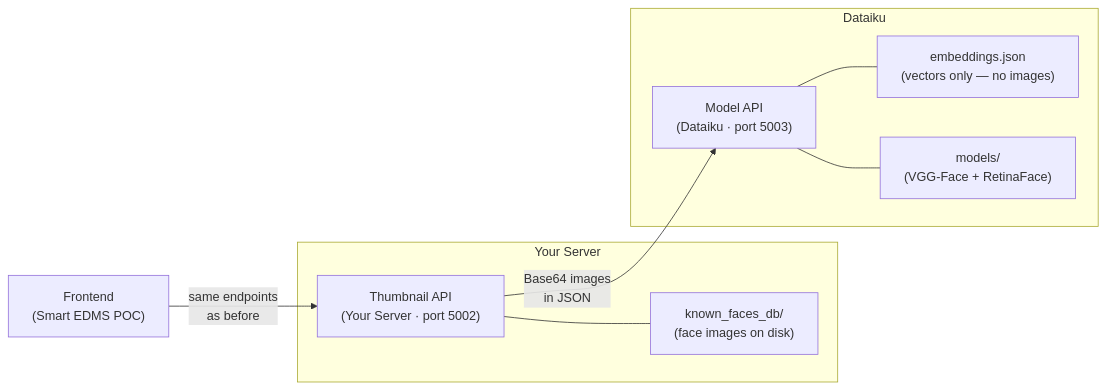
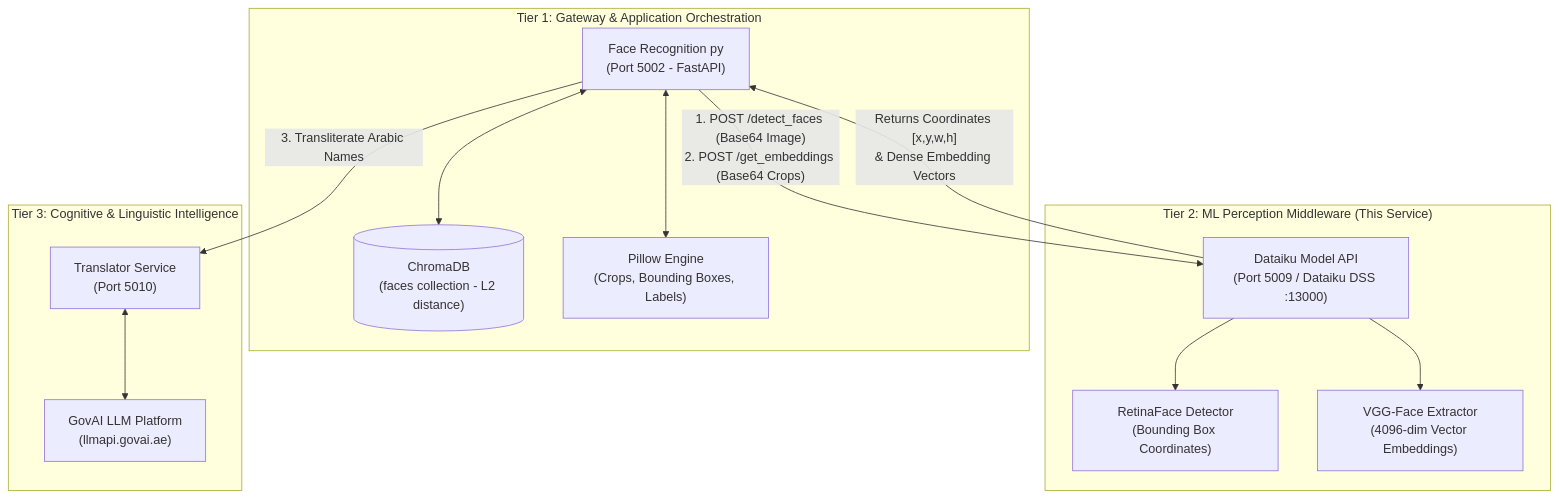
Before and after one commit to Karimk94/Dataiku-Model-API: the first of 2 diagrams in ARCHITECTURE.md, drawn with Mermaid. The commit also changed other lines of this file and 1 other file, not shown here.

Commit message:
docs: update architecture documentation and add readme for Dataiku model API

````diff
--- a/ARCHITECTURE.md
+++ b/ARCHITECTURE.md
@@ -10,14 +11,28 @@
 ```mermaid
-graph LR
-    FE["Frontend<br/>(Smart EDMS POC)"] -->|"same endpoints<br/>as before"| TH["Thumbnail API<br/>(Your Server · port 5002)"]
-    TH -->|"Base64 images<br/>in JSON"| DK["Model API<br/>(Dataiku · port 5003)"]
-    
-    subgraph "Your Server"
-        TH --- DB["known_faces_db/<br/>(face images on disk)"]
+graph TD
+    subgraph Tier1 ["Tier 1: Gateway & Application Orchestration"]
+        FR["Face Recognition py<br/>(Port 5002 - FastAPI)"]
+        CDB[("ChromaDB<br/>(faces collection - L2 distance)")]
+        PIL["Pillow Engine<br/>(Crops, Bounding Boxes, Labels)"]
+        FR <--> CDB
+        FR <--> PIL
     end
-    
-    subgraph "Dataiku"
-        DK --- EMB["embeddings.json<br/>(vectors only — no images)"]
-        DK --- MDL["models/<br/>(VGG-Face + RetinaFace)"]
+
+    subgraph Tier2 ["Tier 2: ML Perception Middleware (This Service)"]
+        DK["Dataiku Model API<br/>(Port 5009 / Dataiku DSS :13000)"]
+        RF["RetinaFace Detector<br/>(Bounding Box Coordinates)"]
+        VGG["VGG-Face Extractor<br/>(4096-dim Vector Embeddings)"]
+        DK --> RF
+        DK --> VGG
     end
+
+    subgraph Tier3 ["Tier 3: Cognitive & Linguistic Intelligence"]
+        TRANS["Translator Service<br/>(Port 5010)"]
+        GOVAI["GovAI LLM Platform<br/>(llmapi.govai.ae)"]
+        TRANS <--> GOVAI
+    end
+
+    FR -->|"1. POST /detect_faces (Base64 Image)<br/>2. POST /get_embeddings (Base64 Crops)"| DK
+    DK -->|"Returns Coordinates [x,y,w,h]<br/>& Dense Embedding Vectors"| FR
+    FR -->|"3. Transliterate Arabic Names"| TRANS
 ```
````
